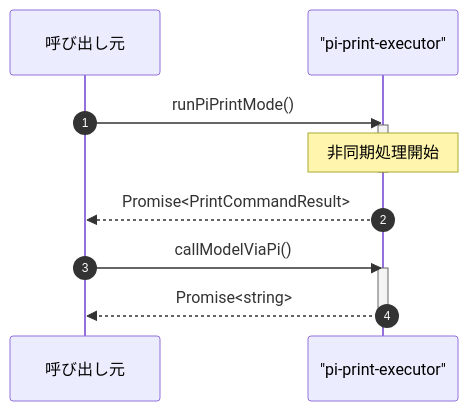
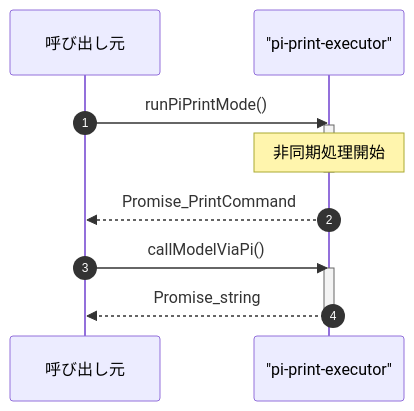
One commit to Mekann2904/mekann changed the third of 3 diagrams in ABDD/.pi/extensions/shared/pi-print-executor.md. Above: the diagram before and after it, drawn with Mermaid. The commit also changed other lines of this file and 174 other files, not shown here.

First line of the commit message:
fix(docs): ABDDのMermaid図生成エラーを修正する

````diff
--- a/ABDD/.pi/extensions/shared/pi-print-executor.md
+++ b/ABDD/.pi/extensions/shared/pi-print-executor.md
@@ -79,17 +79,17 @@
 ```mermaid
 sequenceDiagram
   autonumber
   participant Caller as 呼び出し元
   participant pi_print_executor as "pi-print-executor"
 
   Caller->>pi_print_executor: runPiPrintMode()
   activate pi_print_executor
   Note over pi_print_executor: 非同期処理開始
   deactivate pi_print_executor
-  pi_print_executor-->>Caller: Promise<PrintCommandResult>
+  pi_print_executor-->>Caller: Promise_PrintCommand
 
   Caller->>pi_print_executor: callModelViaPi()
   activate pi_print_executor
-  pi_print_executor-->>Caller: Promise<string>
+  pi_print_executor-->>Caller: Promise_string
   deactivate pi_print_executor
 ```
````
